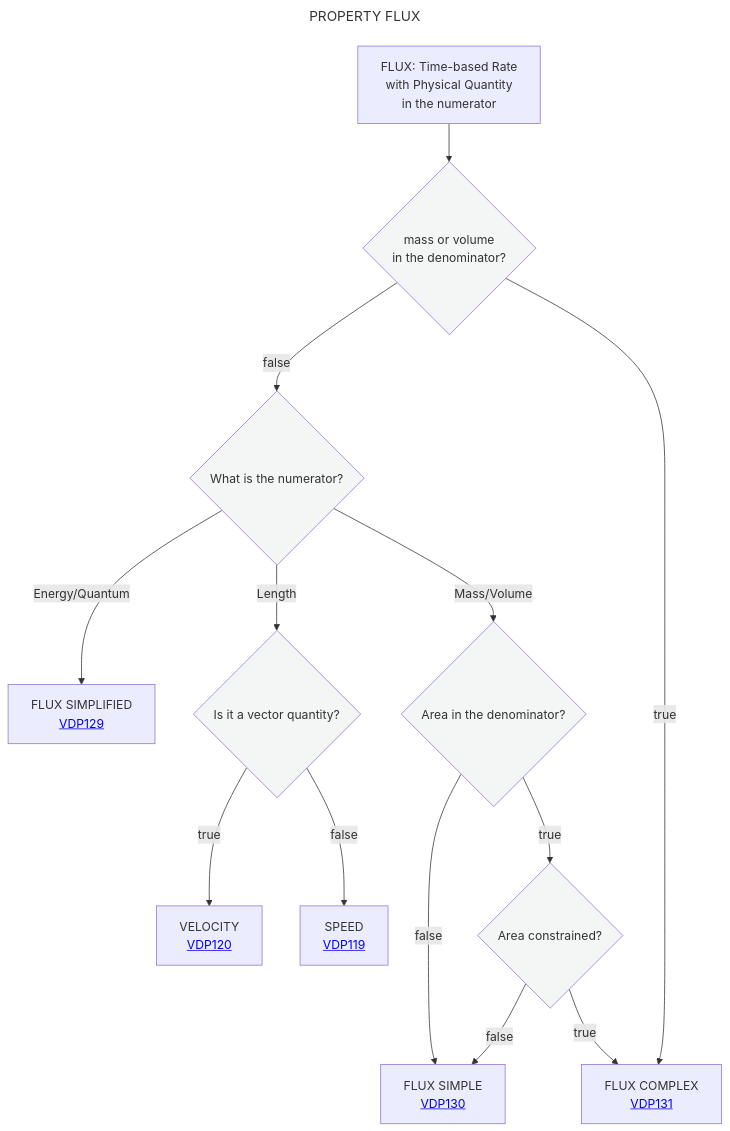
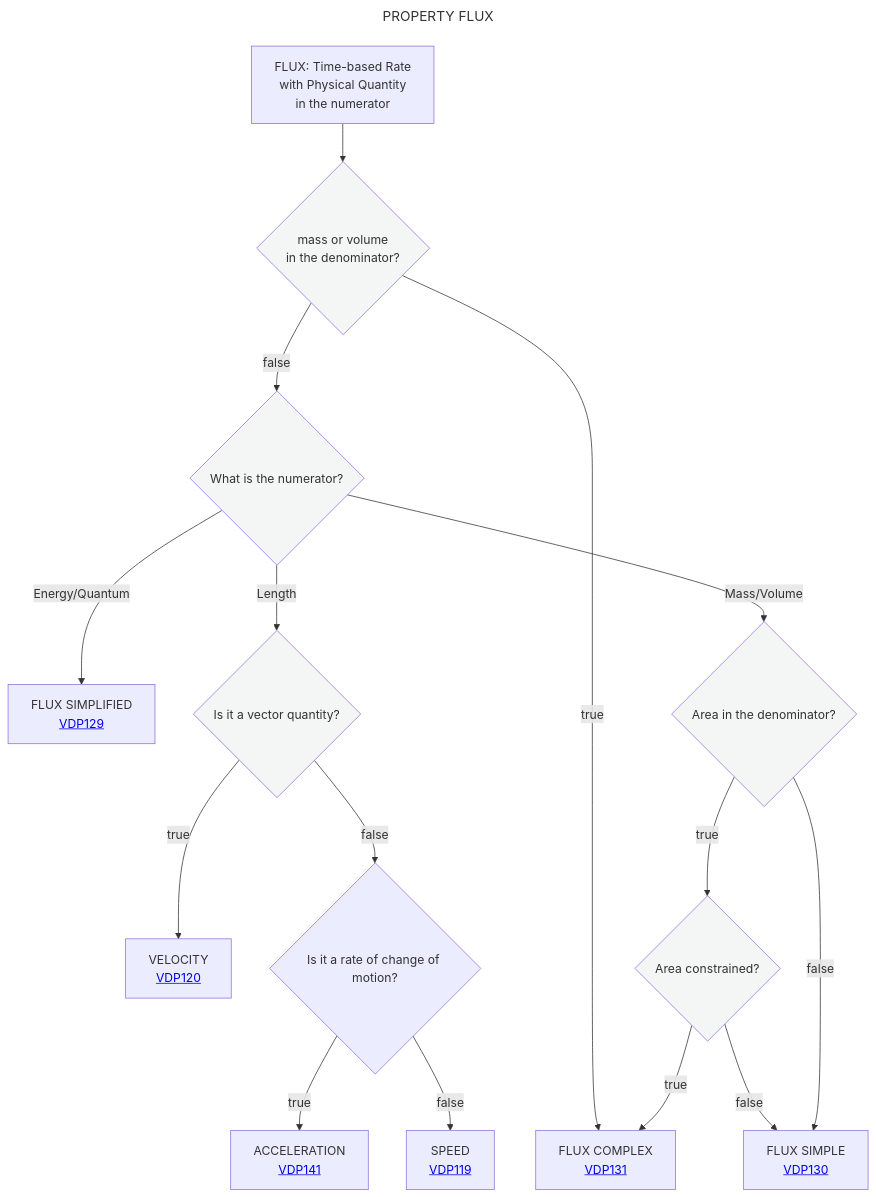
Before and after one commit to mabablue/I-ADOPT-patterns-playground: the diagram in Decisition_trees/DT4.mmd, drawn with Mermaid.

```diff
--- a/Decisition_trees/DT4.mmd
+++ b/Decisition_trees/DT4.mmd
@@ -1,20 +1,22 @@
 ---
 title: PROPERTY FLUX
 ---
 flowchart TD
     A[FLUX: Time-based Rate <br> with Physical Quantity <br> in the numerator] --> B{mass or volume <br> in the denominator?}:::white
     B --> |false|C{What is the numerator?}:::white
     C -- Energy/Quantum--> D[FLUX SIMPLIFIED <br> <a href='https://github.com/mabablue/I-ADOPT-patterns-playground/blob/main/pattern/VDP129.yaml'>VDP129</a>]
     C -- Length --> E{Is it a vector quantity?}:::white
     E --> |true|J[VELOCITY <br> <a href='https://github.com/mabablue/I-ADOPT-patterns-playground/blob/main/pattern/VDP120.yaml'>VDP120</a] 
-    E --> |false|K[SPEED <br> <a href='https://github.com/mabablue/I-ADOPT-patterns-playground/blob/main/pattern/VDP119.yaml'>VDP119</a] 
+    E --> |false|K{Is it a rate of change of motion?}
+    K --> |true|L[ACCELERATION <br> <a href='https://github.com/mabablue/I-ADOPT-patterns-playground/blob/main/pattern/VDP141.yaml'>VDP141</a] 
+    K --> |false|M[SPEED <br> <a href='https://github.com/mabablue/I-ADOPT-patterns-playground/blob/main/pattern/VDP119.yaml'>VDP119</a] 
     C -- Mass/Volume --> F{Area in the denominator?}:::white
     F --> |true|G{Area constrained?}:::white 
     G --> |true|H[FLUX COMPLEX <br> <a href='https://github.com/mabablue/I-ADOPT-patterns-playground/blob/main/pattern/VDP131.yaml'>VDP131</a>]
     F --> |false|I[FLUX SIMPLE <br> <a href='https://github.com/mabablue/I-ADOPT-patterns-playground/blob/main/pattern/VDP130.yaml'>VDP130</a>]
     G --> |false|I
     B --> |true|H
    classDef blue fill:#90D5FF
    classDef satblue fill:#57B9FF 
    classDef white fill:#f3f6f4
    classDef green fill:#6aa84f
```
